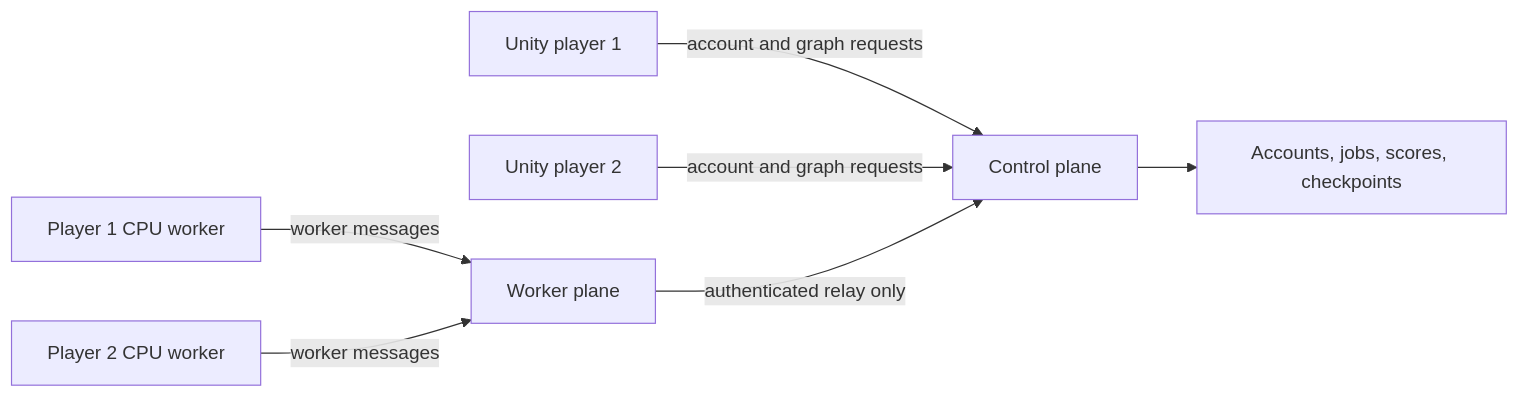
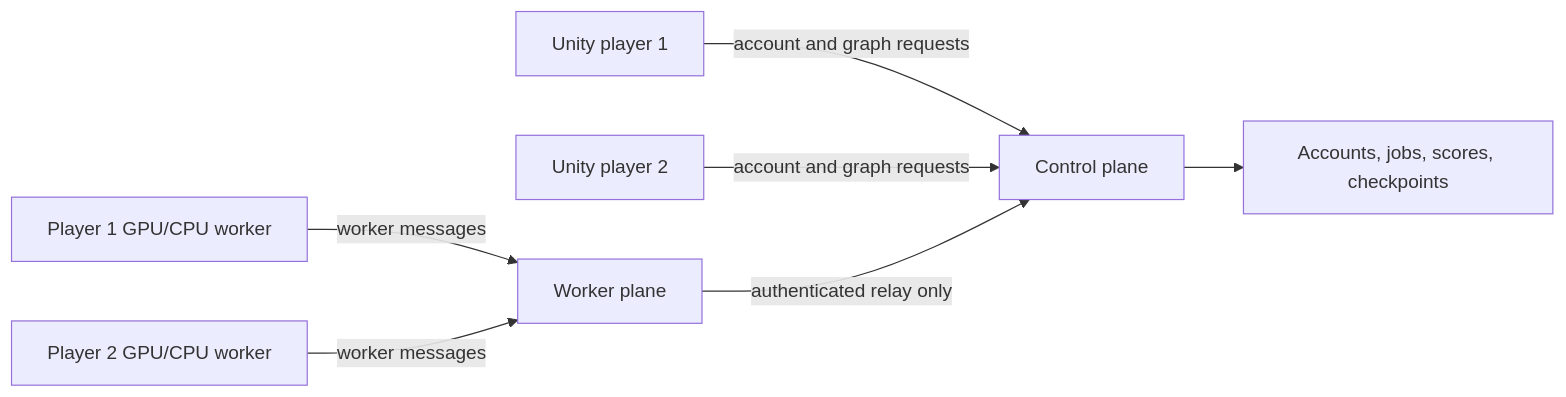
The diagram in README.md (DKpro000/LearnAIUI), drawn with Mermaid before and after one commit. The commit also changed other lines of this file and 5 other files, not shown here.

Commit message:
GPU worker provided

````diff
--- a/README.md
+++ b/README.md
@@ -21,9 +23,9 @@
 ```mermaid
 flowchart LR
     U1["Unity player 1"] -->|"account and graph requests"| C["Control plane"]
     U2["Unity player 2"] -->|"account and graph requests"| C
-    W1["Player 1 CPU worker"] -->|"worker messages"| W["Worker plane"]
-    W2["Player 2 CPU worker"] -->|"worker messages"| W
+    W1["Player 1 GPU/CPU worker"] -->|"worker messages"| W["Worker plane"]
+    W2["Player 2 GPU/CPU worker"] -->|"worker messages"| W
     W -->|"authenticated relay only"| C
     C --> DB["Accounts, jobs, scores, checkpoints"]
 ```
````
